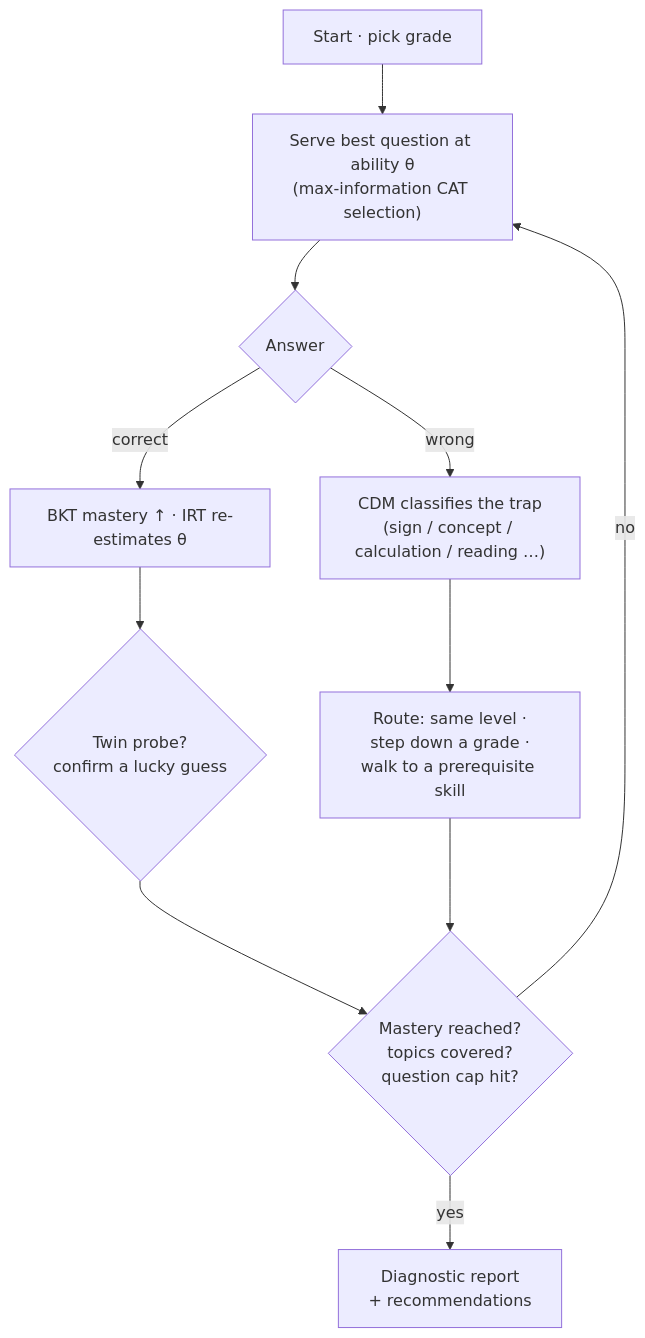
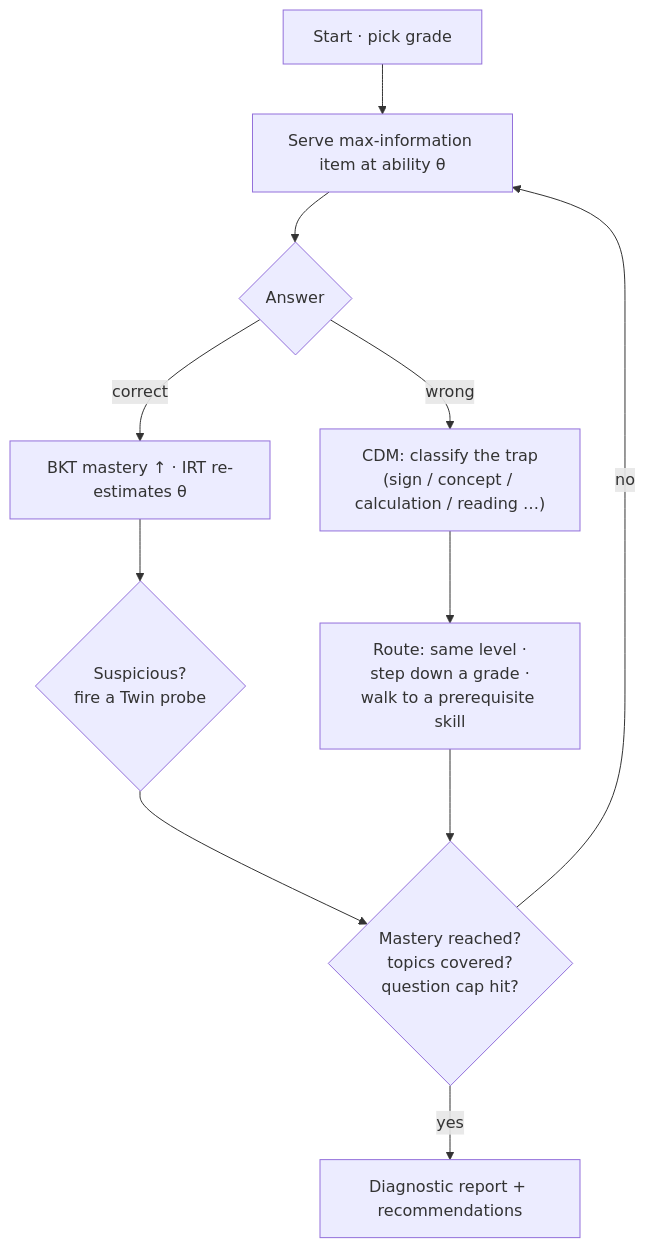
One commit to karthikLagudu/Zarban changed the second of 7 diagrams in README.md. Above: the diagram before and after it, drawn with Mermaid. The commit also changed other lines of this file, not shown here.

````diff
--- a/README.md
+++ b/README.md
@@ -51,13 +142,13 @@
 ```mermaid
 flowchart TD
-    A["Start · pick grade"] --> B["Serve best question at ability θ<br/>(max-information CAT selection)"]
+    A["Start · pick grade"] --> B["Serve max-information item at ability θ"]
     B --> C{"Answer"}
     C -->|correct| D["BKT mastery ↑ · IRT re-estimates θ"]
-    C -->|wrong| E["CDM classifies the trap<br/>(sign / concept / calculation / reading …)"]
-    D --> F{"Twin probe?<br/>confirm a lucky guess"}
+    C -->|wrong| E["CDM: classify the trap<br/>(sign / concept / calculation / reading …)"]
+    D --> F{"Suspicious?<br/>fire a Twin probe"}
     E --> G["Route: same level ·<br/>step down a grade ·<br/>walk to a prerequisite skill"]
     F --> H{"Mastery reached?<br/>topics covered?<br/>question cap hit?"}
     G --> H
     H -->|no| B
-    H -->|yes| I["Diagnostic report<br/>+ recommendations"]
+    H -->|yes| I["Diagnostic report + recommendations"]
 ```
````
